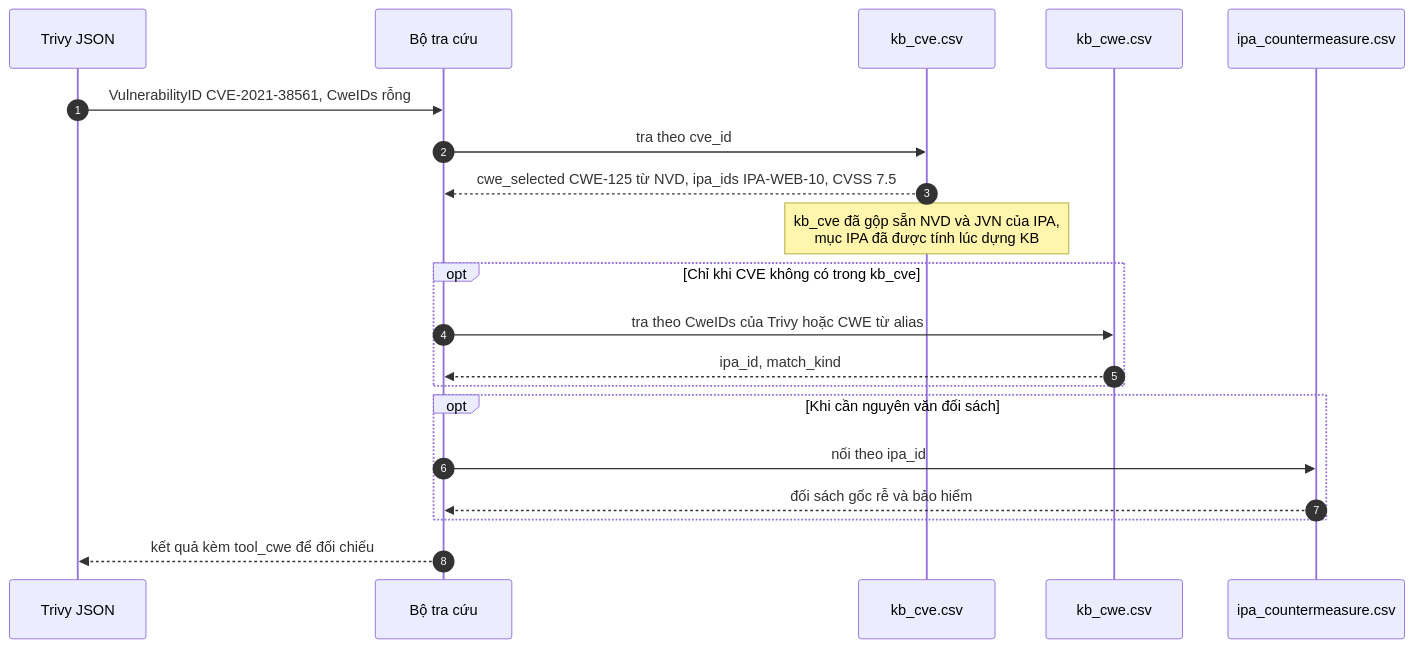
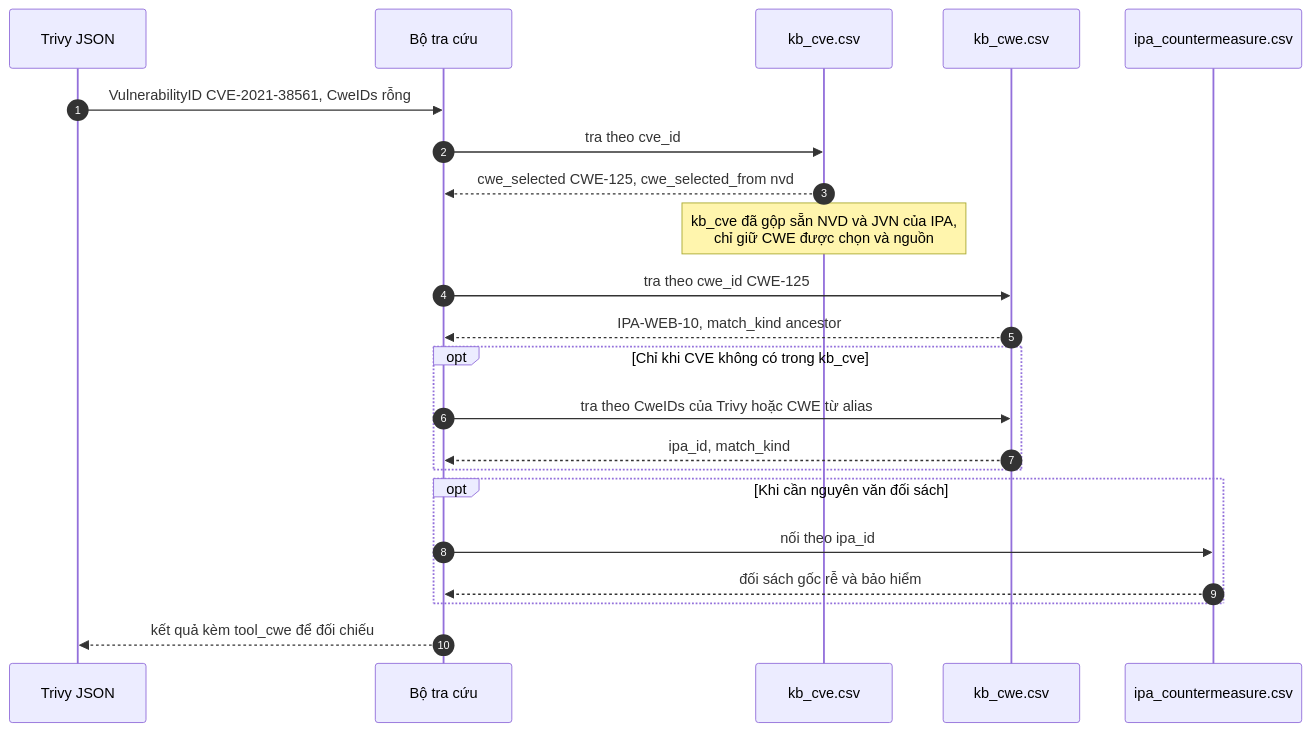
One commit to superken-python/ai-architecture changed the third of 6 diagrams in projects/security_scan/docs/04-thuat-ngu-so-sanh-va-cach-map.md. Above: the diagram before and after it, drawn with Mermaid. The commit also changed other lines of this file and 11 other files, not shown here.

````diff
--- a/projects/security_scan/docs/04-thuat-ngu-so-sanh-va-cach-map.md
+++ b/projects/security_scan/docs/04-thuat-ngu-so-sanh-va-cach-map.md
@@ -438,22 +436,24 @@
 ```mermaid
 sequenceDiagram
     autonumber
     participant T as Trivy JSON
     participant M as Bộ tra cứu
     participant V as kb_cve.csv
     participant W as kb_cwe.csv
     participant C as ipa_countermeasure.csv
     T->>M: VulnerabilityID CVE-2021-38561, CweIDs rỗng
     M->>V: tra theo cve_id
-    V-->>M: cwe_selected CWE-125 từ NVD, ipa_ids IPA-WEB-10, CVSS 7.5
-    Note over V: kb_cve đã gộp sẵn NVD và JVN của IPA,<br/>mục IPA đã được tính lúc dựng KB
+    V-->>M: cwe_selected CWE-125, cwe_selected_from nvd
+    Note over V: kb_cve đã gộp sẵn NVD và JVN của IPA,<br/>chỉ giữ CWE được chọn và nguồn
+    M->>W: tra theo cwe_id CWE-125
+    W-->>M: IPA-WEB-10, match_kind ancestor
     opt Chỉ khi CVE không có trong kb_cve
         M->>W: tra theo CweIDs của Trivy hoặc CWE từ alias
         W-->>M: ipa_id, match_kind
     end
     opt Khi cần nguyên văn đối sách
         M->>C: nối theo ipa_id
         C-->>M: đối sách gốc rễ và bảo hiểm
     end
     M-->>T: kết quả kèm tool_cwe để đối chiếu
 ```
````
